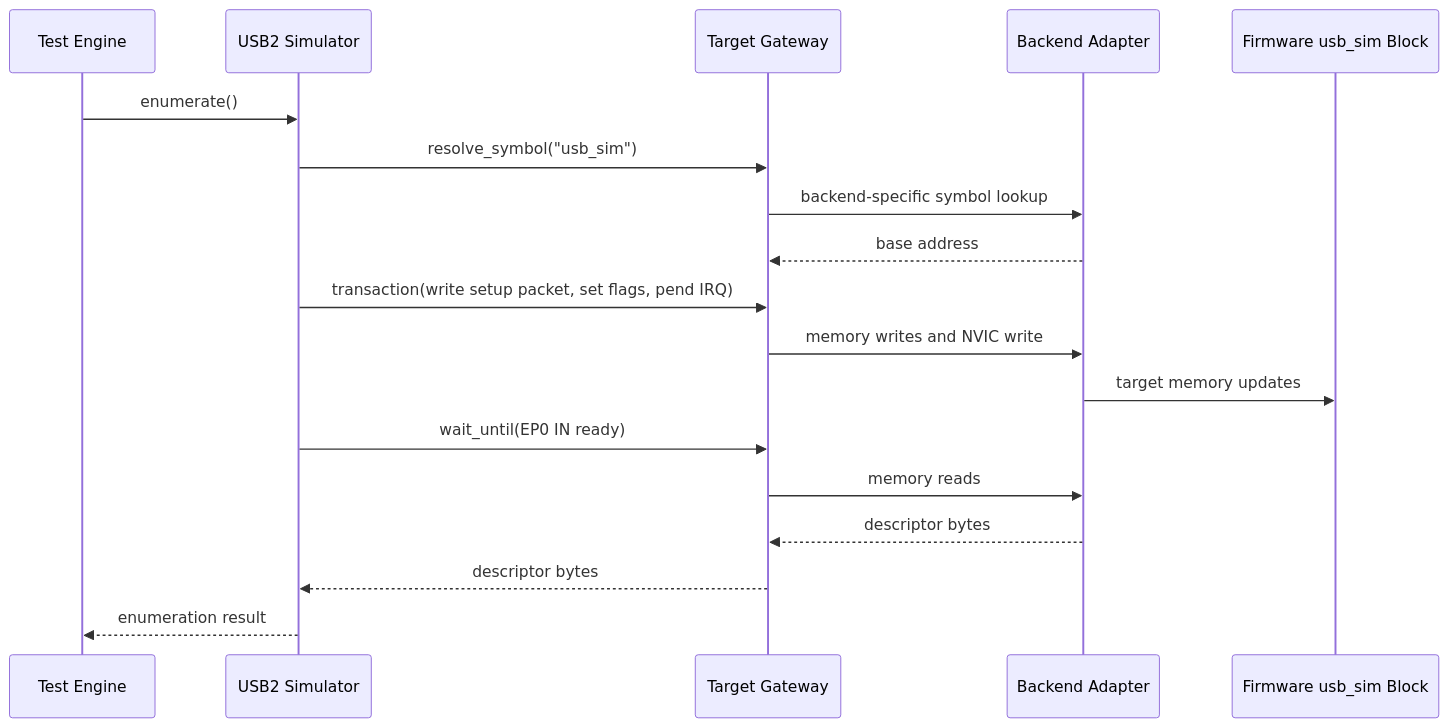
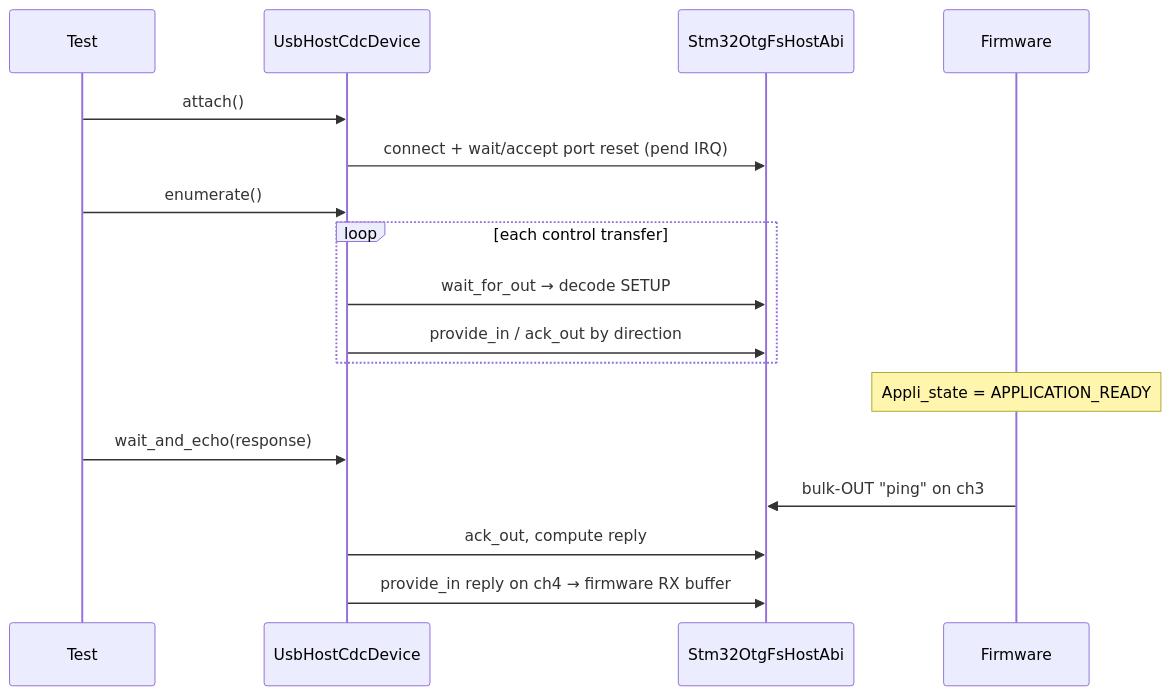
Before and after one commit to hassan17771/bachelor-io-server: the sixth of 6 diagrams in docs/arch/peripheral-simulation-backend-architecture.md, drawn with Mermaid. The commit also changed other lines of this file, not shown here.

````diff
--- a/docs/arch/peripheral-simulation-backend-architecture.md
+++ b/docs/arch/peripheral-simulation-backend-architecture.md
@@ -277,21 +206,20 @@
 ```mermaid
 sequenceDiagram
-    participant Test as Test Engine
-    participant USB as USB2 Simulator
-    participant TG as Target Gateway
-    participant B as Backend Adapter
-    participant FW as Firmware usb_sim Block
+    participant T as Test
+    participant CDC as UsbHostCdcDevice
+    participant ABI as Stm32OtgFsHostAbi
+    participant FW as Firmware
 
-    Test->>USB: enumerate()
-    USB->>TG: resolve_symbol("usb_sim")
-    TG->>B: backend-specific symbol lookup
-    B-->>TG: base address
-    USB->>TG: transaction(write setup packet, set flags, pend IRQ)
-    TG->>B: memory writes and NVIC write
-    B->>FW: target memory updates
-    USB->>TG: wait_until(EP0 IN ready)
-    TG->>B: memory reads
-    B-->>TG: descriptor bytes
-    TG-->>USB: descriptor bytes
-    USB-->>Test: enumeration result
+    T->>CDC: attach()
+    CDC->>ABI: connect + wait/accept port reset (pend IRQ)
+    T->>CDC: enumerate()
+    loop each control transfer
+        CDC->>ABI: wait_for_out → decode SETUP
+        CDC->>ABI: provide_in / ack_out by direction
+    end
+    Note over FW: Appli_state = APPLICATION_READY
+    T->>CDC: wait_and_echo(response)
+    FW->>ABI: bulk-OUT "ping" on ch3
+    CDC->>ABI: ack_out, compute reply
+    CDC->>ABI: provide_in reply on ch4  → firmware RX buffer
 ```
````
